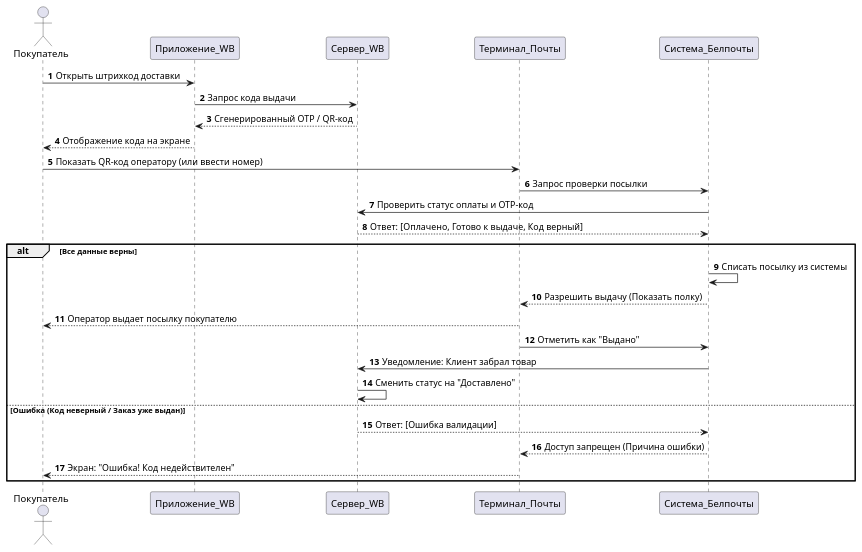
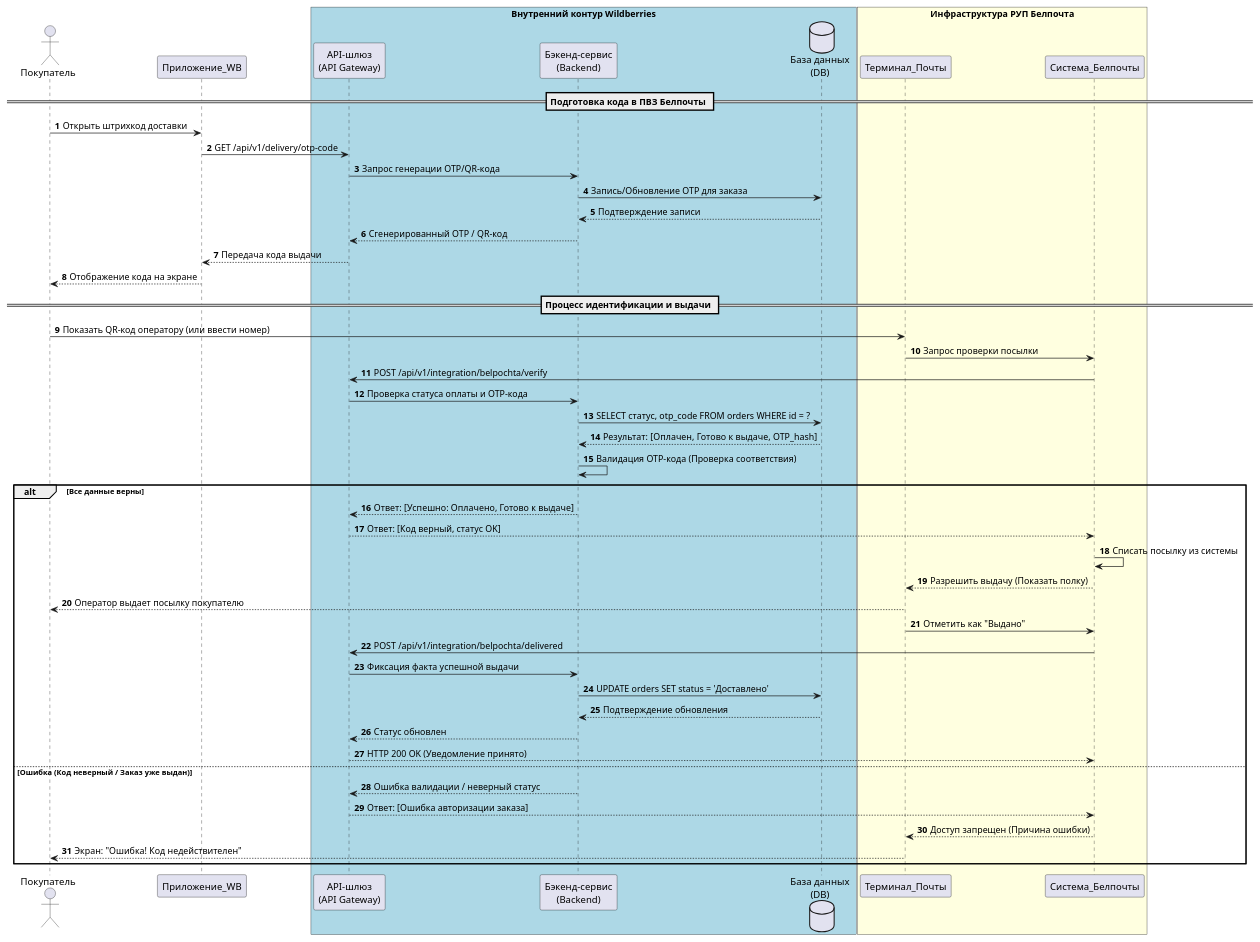
One commit to pzzzzzd/laba changed the diagram in laba2/2.puml. Above: the diagram before and after it, drawn with PlantUML. The commit also changed 1 other file, not shown here.

```diff
--- a/laba2/2.puml
+++ b/laba2/2.puml
@@ -1,32 +1,61 @@
 @startuml
 autonumber
 
 actor Покупатель as Buyer
 participant Приложение_WB as App
-participant Сервер_WB as WB
-participant Терминал_Почты as Terminal
-participant Система_Белпочты as Почта
 
+box "Внутренний контур Wildberries" #LightBlue
+    participant "API-шлюз\n(API Gateway)" as API
+    participant "Бэкенд-сервис\n(Backend)" as Backend
+    database "База данных\n(DB)" as DB
+end box
+
+box "Инфраструктура РУП Белпочта" #LightYellow
+    participant "Терминал_Почты" as Terminal
+    participant "Система_Белпочты" as Почта
+end box
+
+== Подготовка кода в ПВЗ Белпочты ==
 Buyer -> App: Открыть штрихкод доставки
-App -> WB: Запрос кода выдачи
-WB --> App: Сгенерированный OTP / QR-код
+App -> API: GET /api/v1/delivery/otp-code
+API -> Backend: Запрос генерации OTP/QR-кода
+Backend -> DB: Запись/Обновление OTP для заказа
+DB --> Backend: Подтверждение записи
+Backend --> API: Сгенерированный OTP / QR-код
+API --> App: Передача кода выдачи
 App --> Buyer: Отображение кода на экране
 
+== Процесс идентификации и выдачи ==
 Buyer -> Terminal: Показать QR-код оператору (или ввести номер)
 Terminal -> Почта: Запрос проверки посылки
-Почта -> WB: Проверить статус оплаты и OTP-код
-WB --> Почта: Ответ: [Оплачено, Готово к выдаче, Код верный]
+Почта -> API: POST /api/v1/integration/belpochta/verify
+API -> Backend: Проверка статуса оплаты и OTP-кода
+
+Backend -> DB: SELECT статус, otp_code FROM orders WHERE id = ?
+DB --> Backend: Результат: [Оплачен, Готово к выдаче, OTP_hash]
+
+Backend -> Backend: Валидация OTP-кода (Проверка соответствия)
 
 alt Все данные верны
+    Backend --> API: Ответ: [Успешно: Оплачено, Готово к выдаче]
+    API --> Почта: Ответ: [Код верный, статус OK]
+    
     Почта -> Почта: Списать посылку из системы
     Почта --> Terminal: Разрешить выдачу (Показать полку)
     Terminal --> Buyer: Оператор выдает посылку покупателю
     Terminal -> Почта: Отметить как "Выдано"
-    Почта -> WB: Уведомление: Клиент забрал товар
-    WB -> WB: Сменить статус на "Доставлено"
+    
+    Почта -> API: POST /api/v1/integration/belpochta/delivered
+    API -> Backend: Фиксация факта успешной выдачи
+    Backend -> DB: UPDATE orders SET status = 'Доставлено'
+    DB --> Backend: Подтверждение обновления
+    Backend --> API: Статус обновлен
+    API --> Почта: HTTP 200 OK (Уведомление принято)
+    
 else Ошибка (Код неверный / Заказ уже выдан)
-    WB --> Почта: Ответ: [Ошибка валидации]
+    Backend --> API: Ошибка валидации / неверный статус
+    API --> Почта: Ответ: [Ошибка авторизации заказа]
     Почта --> Terminal: Доступ запрещен (Причина ошибки)
     Terminal --> Buyer: Экран: "Ошибка! Код недействителен"
 end
 @enduml
```
